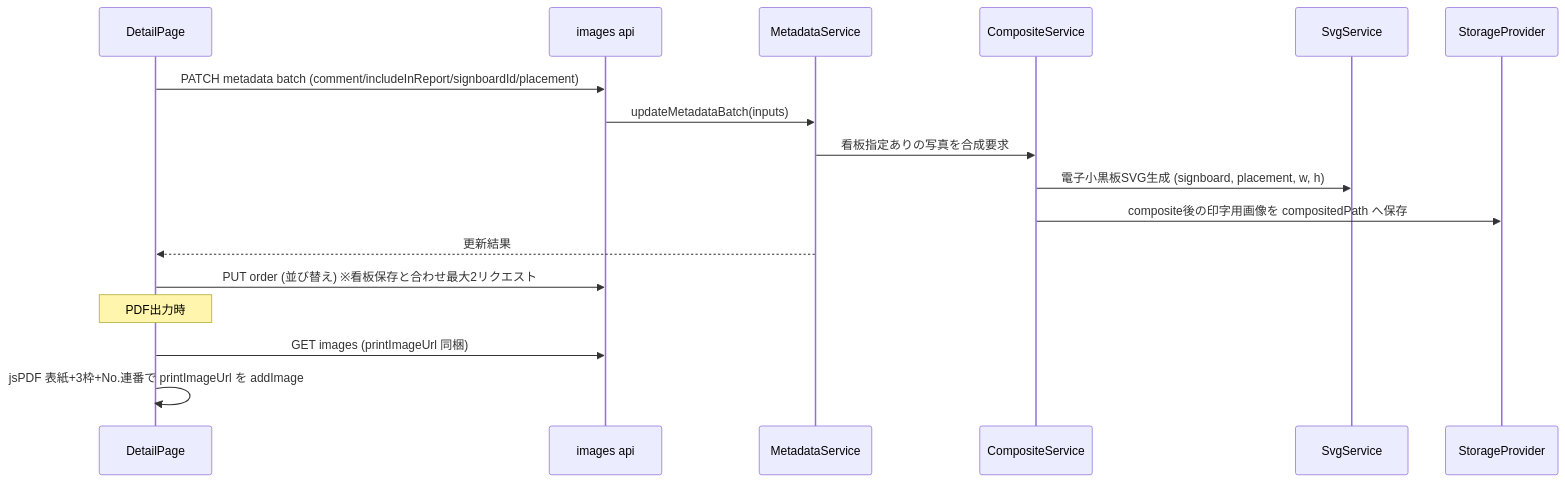
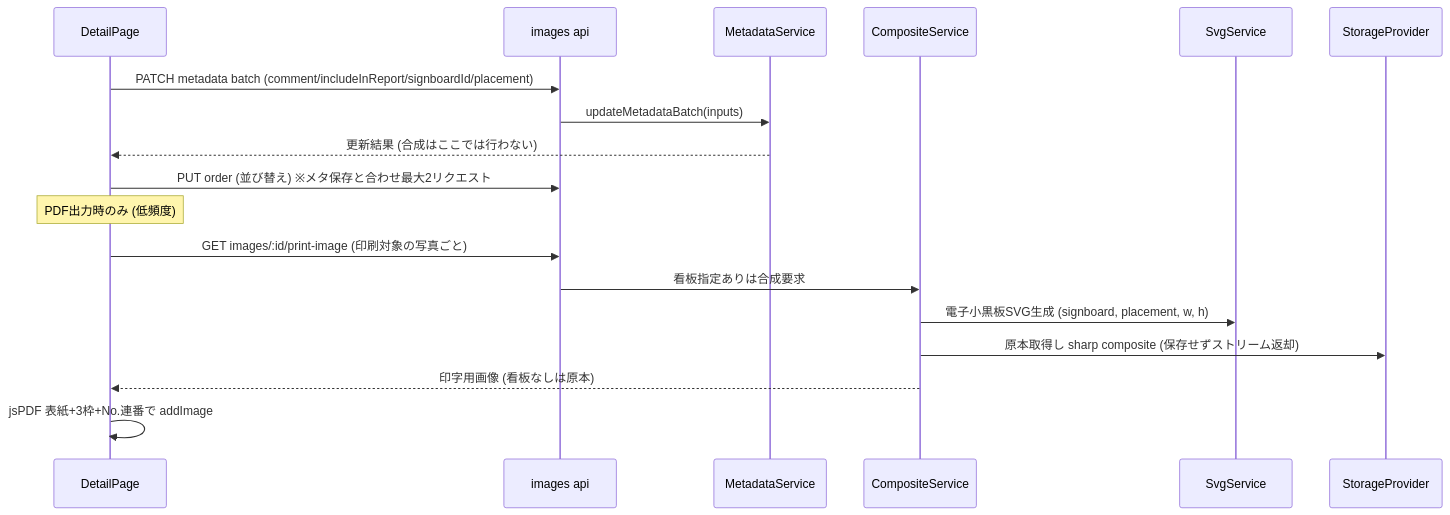
The fourth of 4 diagrams in .kiro/specs/construction-photo/design.md (inakanou/ArchiTrack), drawn with Mermaid before and after one commit. The commit also changed other lines of this file and 1 other file, not shown here.

````diff
--- a/.kiro/specs/construction-photo/design.md
+++ b/.kiro/specs/construction-photo/design.md
@@ -276,19 +276,20 @@
 ```mermaid
 sequenceDiagram
     participant UI as DetailPage
     participant API as images api
     participant Meta as MetadataService
     participant Comp as CompositeService
     participant Svg as SvgService
     participant Store as StorageProvider
     UI->>API: PATCH metadata batch (comment/includeInReport/signboardId/placement)
     API->>Meta: updateMetadataBatch(inputs)
-    Meta->>Comp: 看板指定ありの写真を合成要求
+    Meta-->>UI: 更新結果 (合成はここでは行わない)
+    UI->>API: PUT order (並び替え) ※メタ保存と合わせ最大2リクエスト
+    Note over UI: PDF出力時のみ (低頻度)
+    UI->>API: GET images/:id/print-image (印刷対象の写真ごと)
+    API->>Comp: 看板指定ありは合成要求
     Comp->>Svg: 電子小黒板SVG生成 (signboard, placement, w, h)
-    Comp->>Store: composite後の印字用画像を compositedPath へ保存
-    Meta-->>UI: 更新結果
-    UI->>API: PUT order (並び替え) ※看板保存と合わせ最大2リクエスト
-    Note over UI: PDF出力時
-    UI->>API: GET images (printImageUrl 同梱)
-    UI->>UI: jsPDF 表紙+3枠+No.連番で printImageUrl を addImage
+    Comp->>Store: 原本取得し sharp composite (保存せずストリーム返却)
+    Comp-->>UI: 印字用画像 (看板なしは原本)
+    UI->>UI: jsPDF 表紙+3枠+No.連番で addImage
 ```
````
